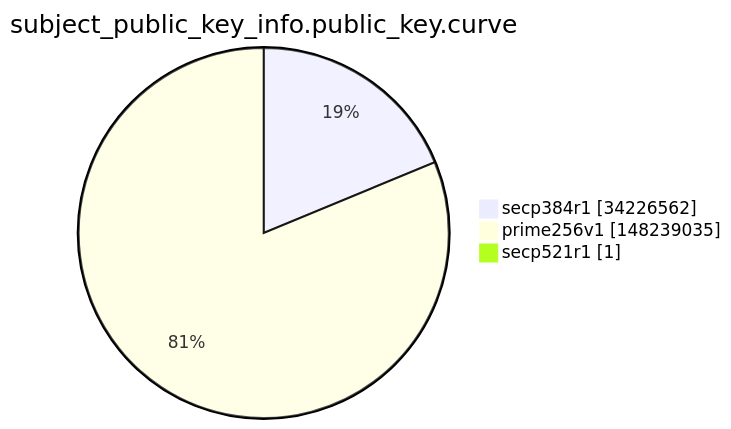
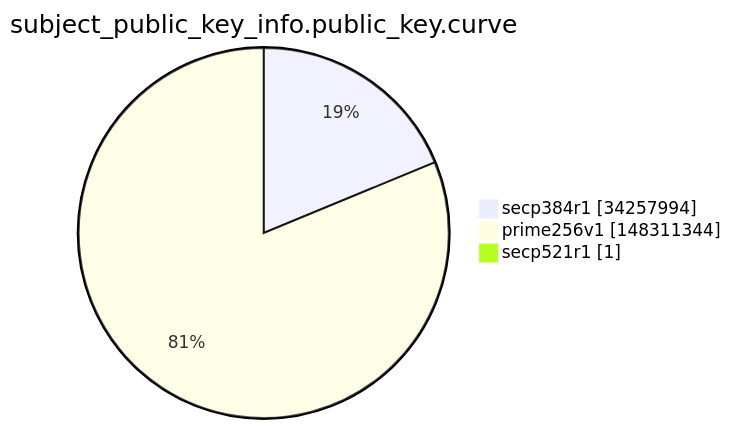
The ninth of 15 diagrams in argon2022/README.md (christiankrug/ctmonitor_visualization), drawn with Mermaid before and after one commit. The commit also changed other lines of this file, not shown here.

````diff
--- a/argon2022/README.md
+++ b/argon2022/README.md
@@ -2764,7 +2764,7 @@
 ```mermaid
 pie showData
 title subject_public_key_info.public_key.curve
-"secp384r1" :34226562
-"prime256v1" :148239035
+"secp384r1" :34257994
+"prime256v1" :148311344
 "secp521r1" :1
 ```
````
